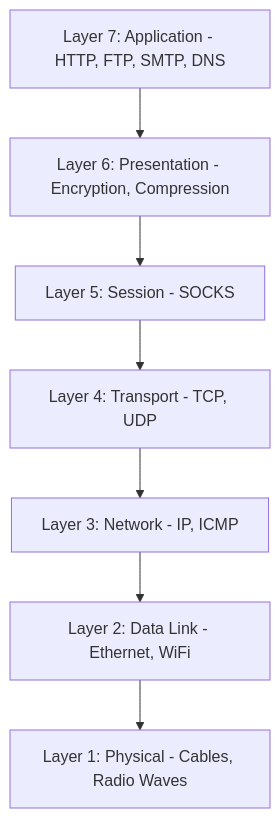
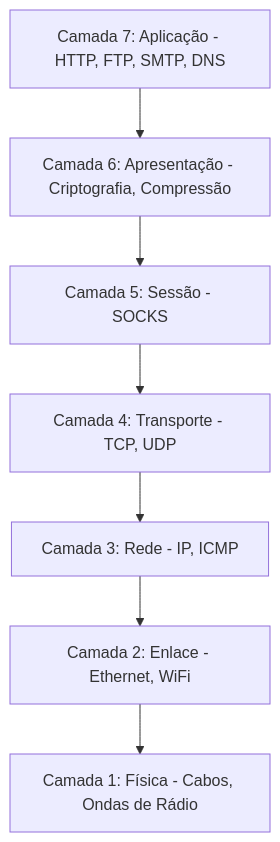
The first of 3 diagrams in docs/pt/deep-dive/network/network-fundamentals.md (autoscrape-labs/pydoll), drawn with Mermaid before and after one commit. The commit also changed other lines of this file and 241 other files, not shown here.

````diff
--- a/docs/pt/deep-dive/network/network-fundamentals.md
+++ b/docs/pt/deep-dive/network/network-fundamentals.md
@@ -20,12 +13,12 @@
 ```mermaid
 graph TD
-    L7[Layer 7: Application - HTTP, FTP, SMTP, DNS]
-    L6[Layer 6: Presentation - Encryption, Compression]
-    L5[Layer 5: Session - SOCKS]
-    L4[Layer 4: Transport - TCP, UDP]
-    L3[Layer 3: Network - IP, ICMP]
-    L2[Layer 2: Data Link - Ethernet, WiFi]
-    L1[Layer 1: Physical - Cables, Radio Waves]
+    L7[Camada 7: Aplicação - HTTP, FTP, SMTP, DNS]
+    L6[Camada 6: Apresentação - Criptografia, Compressão]
+    L5[Camada 5: Sessão - SOCKS]
+    L4[Camada 4: Transporte - TCP, UDP]
+    L3[Camada 3: Rede - IP, ICMP]
+    L2[Camada 2: Enlace - Ethernet, WiFi]
+    L1[Camada 1: Física - Cabos, Ondas de Rádio]
 
     L7 --> L6 --> L5 --> L4 --> L3 --> L2 --> L1
 ```
````
